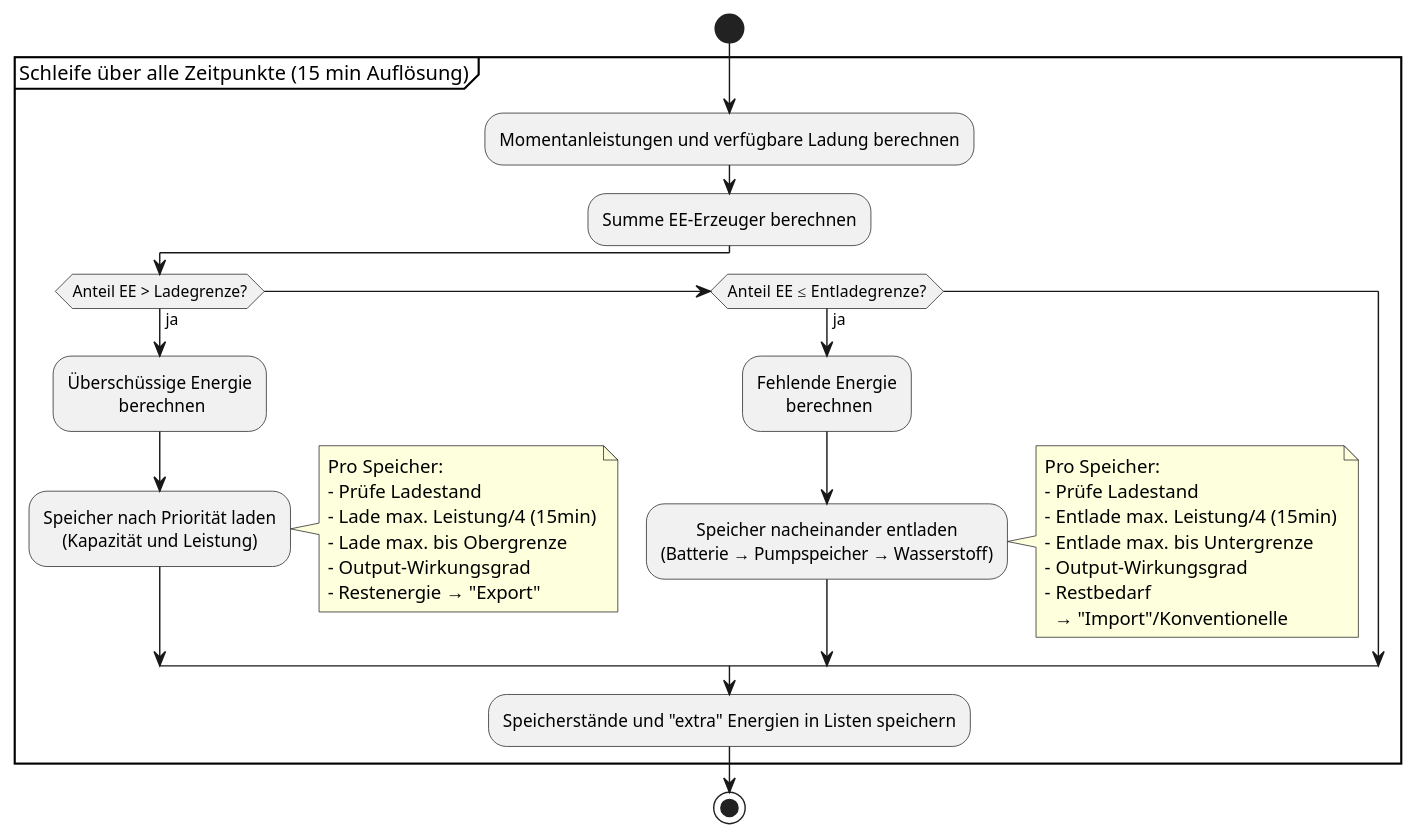
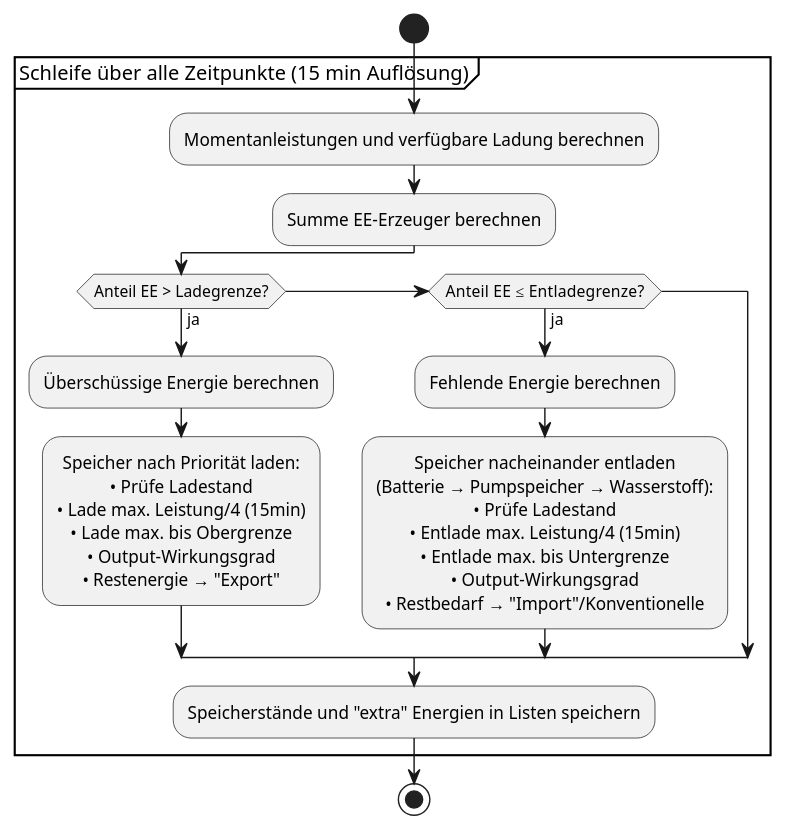
One commit to gitroi/IPJ1-Pottkieker changed the diagram in Sonstiges/UML_Diagramme/Prognose_Speicher_Loop.plantuml. Above: the diagram before and after it, drawn with PlantUML.

Commit message:
uml hochkant

```diff
--- a/Sonstiges/UML_Diagramme/Prognose_Speicher_Loop.plantuml
+++ b/Sonstiges/UML_Diagramme/Prognose_Speicher_Loop.plantuml
@@ -1,58 +1,48 @@
 @startuml Prognose_Speicher
 /'
 Grundstruktur mit Hilfe von KI anhand Python-Code erstellt. (Claude Sonnet 4.5)
 '/
 
 <style>
 activity {
     HorizontalAlignment center
 }
 </style>
 
 start
 
 partition "Schleife über alle Zeitpunkte (15 min Auflösung)" {
     
     :Momentanleistungen und verfügbare Ladung berechnen;
     
     :Summe EE-Erzeuger berechnen;
     
     if (Anteil EE > Ladegrenze?) then (ja)
-        :Überschüssige Energie 
-         berechnen;
+        :Überschüssige Energie berechnen;
         
-        :Speicher nach Priorität laden\n(Kapazität und Leistung);
-        
-        note right
-            Pro Speicher:
-            - Prüfe Ladestand
-            - Lade max. Leistung/4 (15min)
-            - Lade max. bis Obergrenze
-            - Output-Wirkungsgrad
-            - Restenergie → "Export"
-        end note
+        :Speicher nach Priorität laden:
+        • Prüfe Ladestand
+        • Lade max. Leistung/4 (15min)
+        • Lade max. bis Obergrenze
+        • Output-Wirkungsgrad
+        • Restenergie → "Export";
         
     elseif (Anteil EE ≤ Entladegrenze?) then (ja)
-        :Fehlende Energie 
-         berechnen;
+        :Fehlende Energie berechnen;
         
-        :Speicher nacheinander entladen\n(Batterie → Pumpspeicher → Wasserstoff);
-        
-        note right
-            Pro Speicher:
-            - Prüfe Ladestand
-            - Entlade max. Leistung/4 (15min)
-            - Entlade max. bis Untergrenze
-            - Output-Wirkungsgrad
-            - Restbedarf 
-              → "Import"/Konventionelle
-        end note
+        :Speicher nacheinander entladen
+        (Batterie → Pumpspeicher → Wasserstoff):
+        • Prüfe Ladestand
+        • Entlade max. Leistung/4 (15min)
+        • Entlade max. bis Untergrenze
+        • Output-Wirkungsgrad
+        • Restbedarf → "Import"/Konventionelle;
         
     endif
     
     :Speicherstände und "extra" Energien in Listen speichern;
     
 }
 
 stop
 @enduml
```
